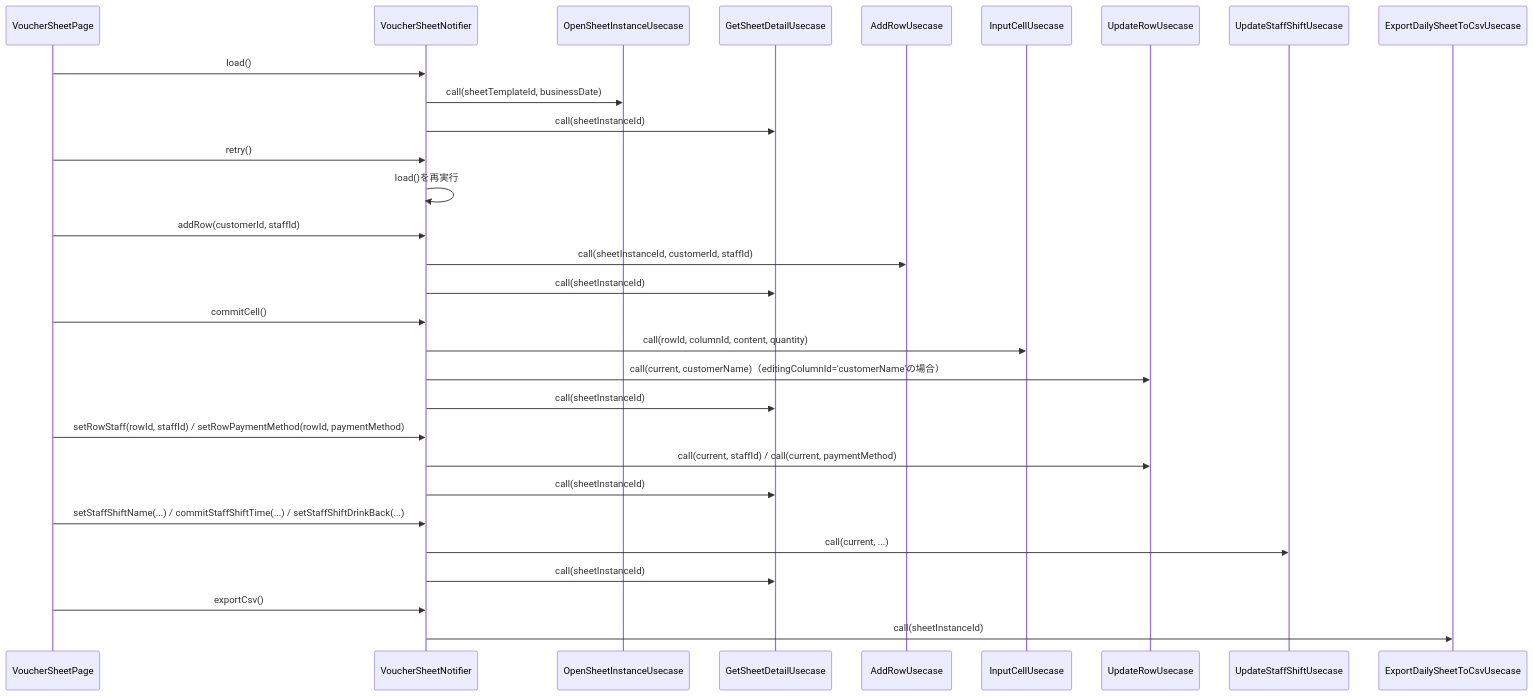
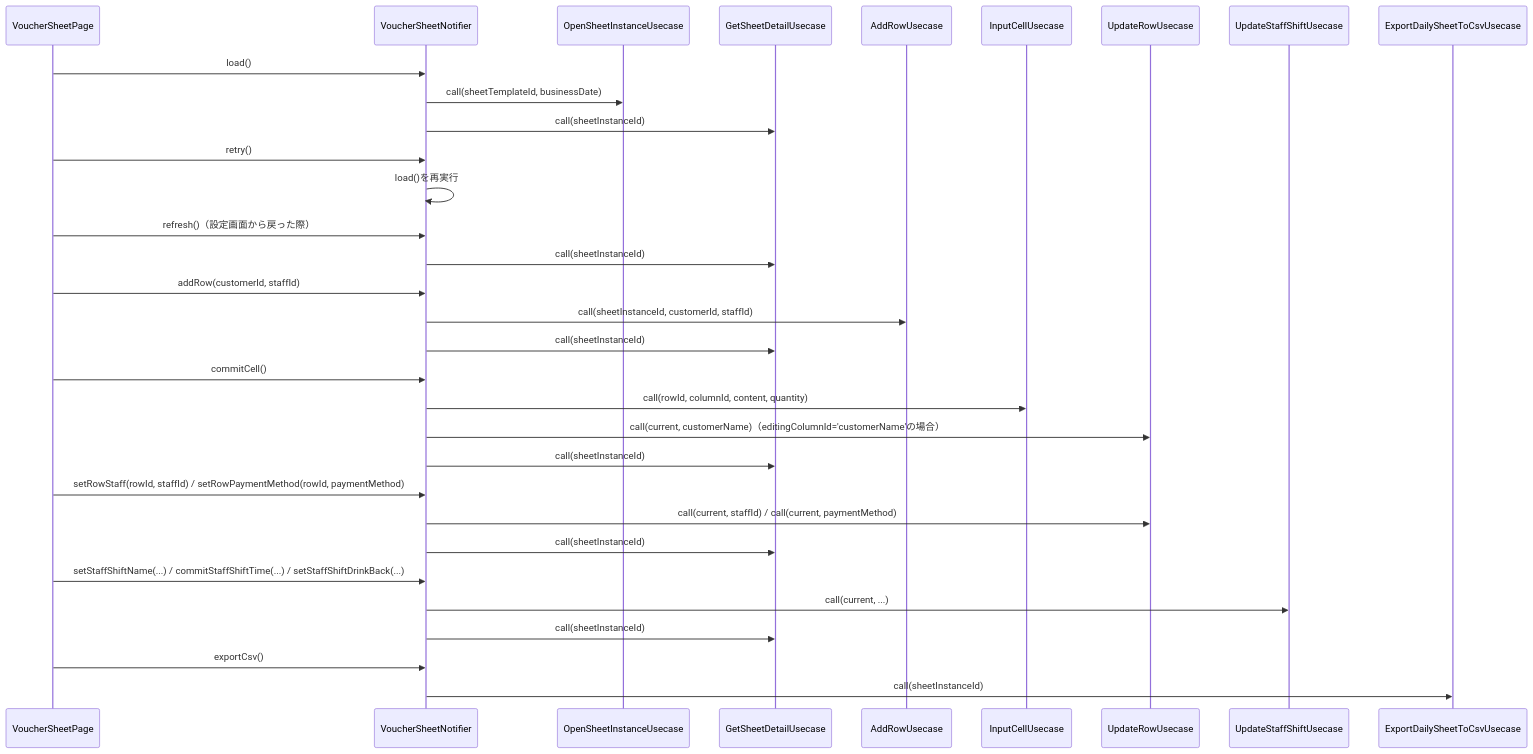
Before and after one commit to MinamiyamaKotaro/m3_pad: the diagram in docs/design/lib/src/features/voucher/presentation/controllers/voucher_sheet_notifier.md, drawn with Mermaid. The commit also changed other lines of this file and 7 other files, not shown here.

````diff
--- a/docs/design/lib/src/features/voucher/presentation/controllers/voucher_sheet_notifier.md
+++ b/docs/design/lib/src/features/voucher/presentation/controllers/voucher_sheet_notifier.md
@@ -26,39 +27,42 @@
 ```mermaid
 sequenceDiagram
     participant P as VoucherSheetPage
     participant N as VoucherSheetNotifier
     participant OSI as OpenSheetInstanceUsecase
     participant GSD as GetSheetDetailUsecase
     participant AR as AddRowUsecase
     participant IC as InputCellUsecase
     participant UR as UpdateRowUsecase
     participant USS as UpdateStaffShiftUsecase
     participant EDC as ExportDailySheetToCsvUsecase
 
     P->>N: load()
     N->>OSI: call(sheetTemplateId, businessDate)
     N->>GSD: call(sheetInstanceId)
 
     P->>N: retry()
     N->>N: load()を再実行
+
+    P->>N: refresh()（設定画面から戻った際）
+    N->>GSD: call(sheetInstanceId)
 
     P->>N: addRow(customerId, staffId)
     N->>AR: call(sheetInstanceId, customerId, staffId)
     N->>GSD: call(sheetInstanceId)
 
     P->>N: commitCell()
     N->>IC: call(rowId, columnId, content, quantity)
     N->>UR: call(current, customerName)（editingColumnId='customerName'の場合）
     N->>GSD: call(sheetInstanceId)
 
     P->>N: setRowStaff(rowId, staffId) / setRowPaymentMethod(rowId, paymentMethod)
     N->>UR: call(current, staffId) / call(current, paymentMethod)
     N->>GSD: call(sheetInstanceId)
 
     P->>N: setStaffShiftName(...) / commitStaffShiftTime(...) / setStaffShiftDrinkBack(...)
     N->>USS: call(current, ...)
     N->>GSD: call(sheetInstanceId)
 
     P->>N: exportCsv()
     N->>EDC: call(sheetInstanceId)
 ```
````
